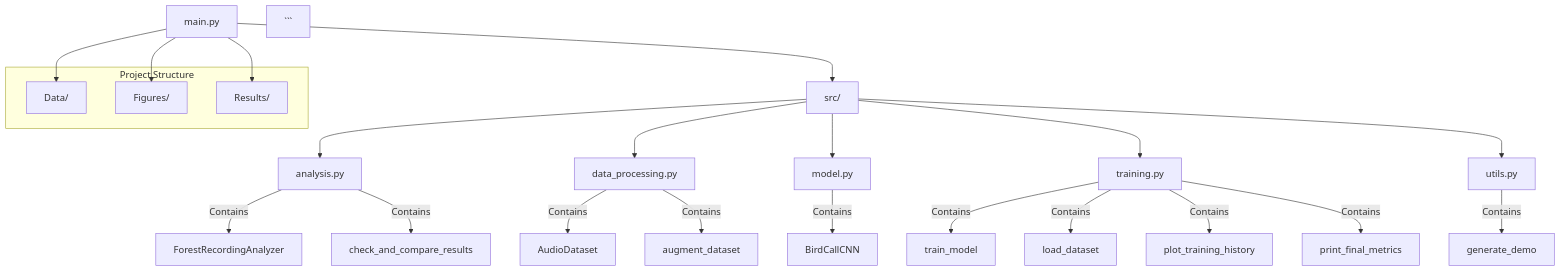
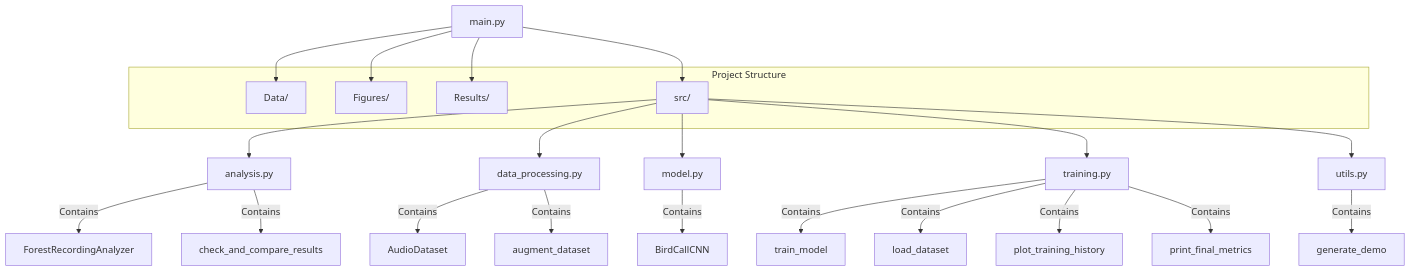
One commit to alexneilgreen/Signal-Separation-and-Classification-in-Noisy-Environments-with-Machine-Learning changed the diagram in README.md. Above: the diagram before and after it, drawn with Mermaid.

Commit message:
README.md Mermaid Update Redo

`````diff
--- a/README.md
+++ b/README.md
@@ -1,38 +1,38 @@
-````mermaid
+```mermaid
 graph TD
     A[main.py]
 
     subgraph Project Structure
         B[Data/]
         C[Figures/]
         D[Results/]
+        E[src/]
     end
 
     A --> B
     A --> C
     A --> D
 
-    A --> E[src/]
+    A --> E
 
     E --> F[analysis.py]
     E --> G[data_processing.py]
     E --> H[model.py]
     E --> I[training.py]
     E --> J[utils.py]
 
     F --> |Contains| BFA[ForestRecordingAnalyzer]
     F --> |Contains| BFB[check_and_compare_results]
 
     G --> |Contains| CDA[AudioDataset]
     G --> |Contains| CDB[augment_dataset]
 
     H --> |Contains| DBM[BirdCallCNN]
 
     I --> |Contains| EFT[train_model]
     I --> |Contains| EFL[load_dataset]
     I --> |Contains| EFP[plot_training_history]
     I --> |Contains| EFM[print_final_metrics]
 
     J --> |Contains| FGD[generate_demo]
-    ```
-````
+```
`````
